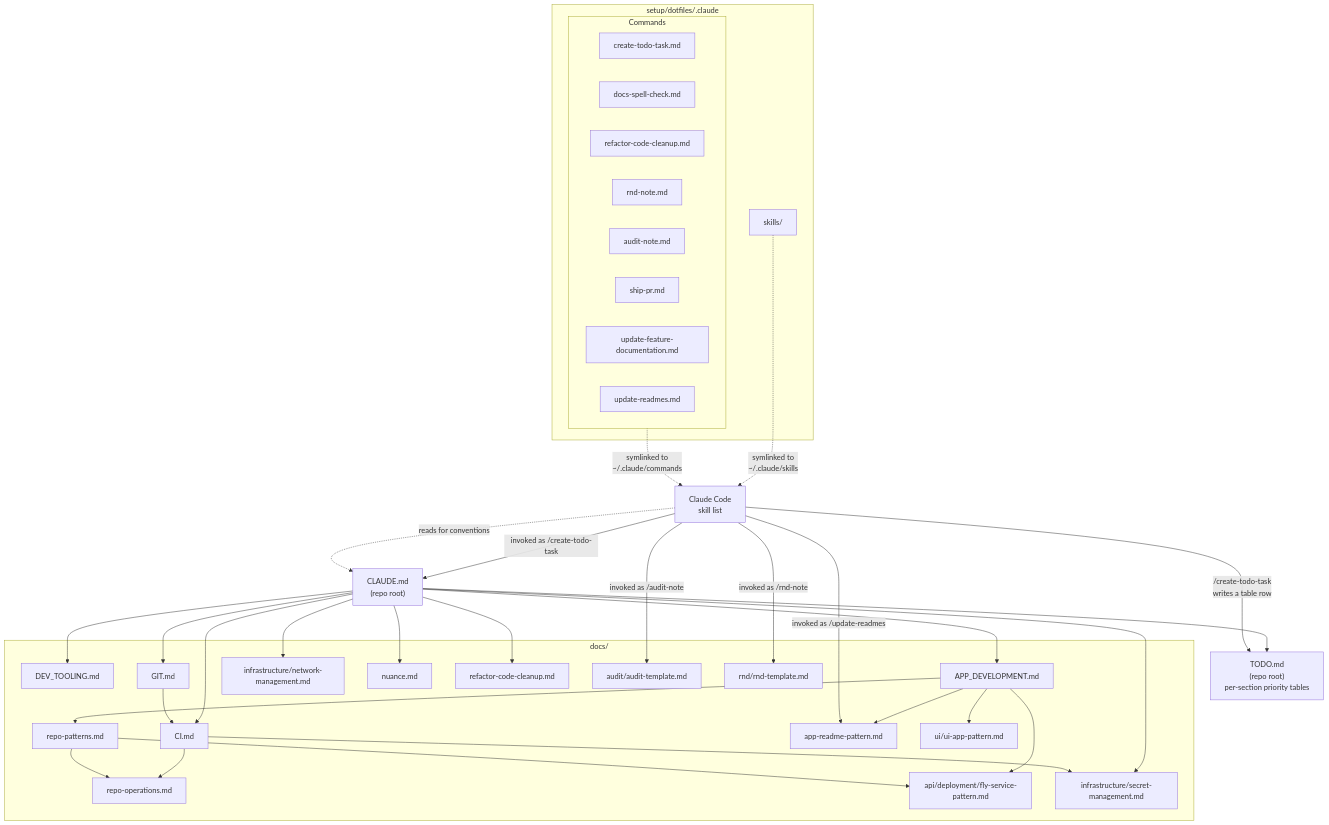
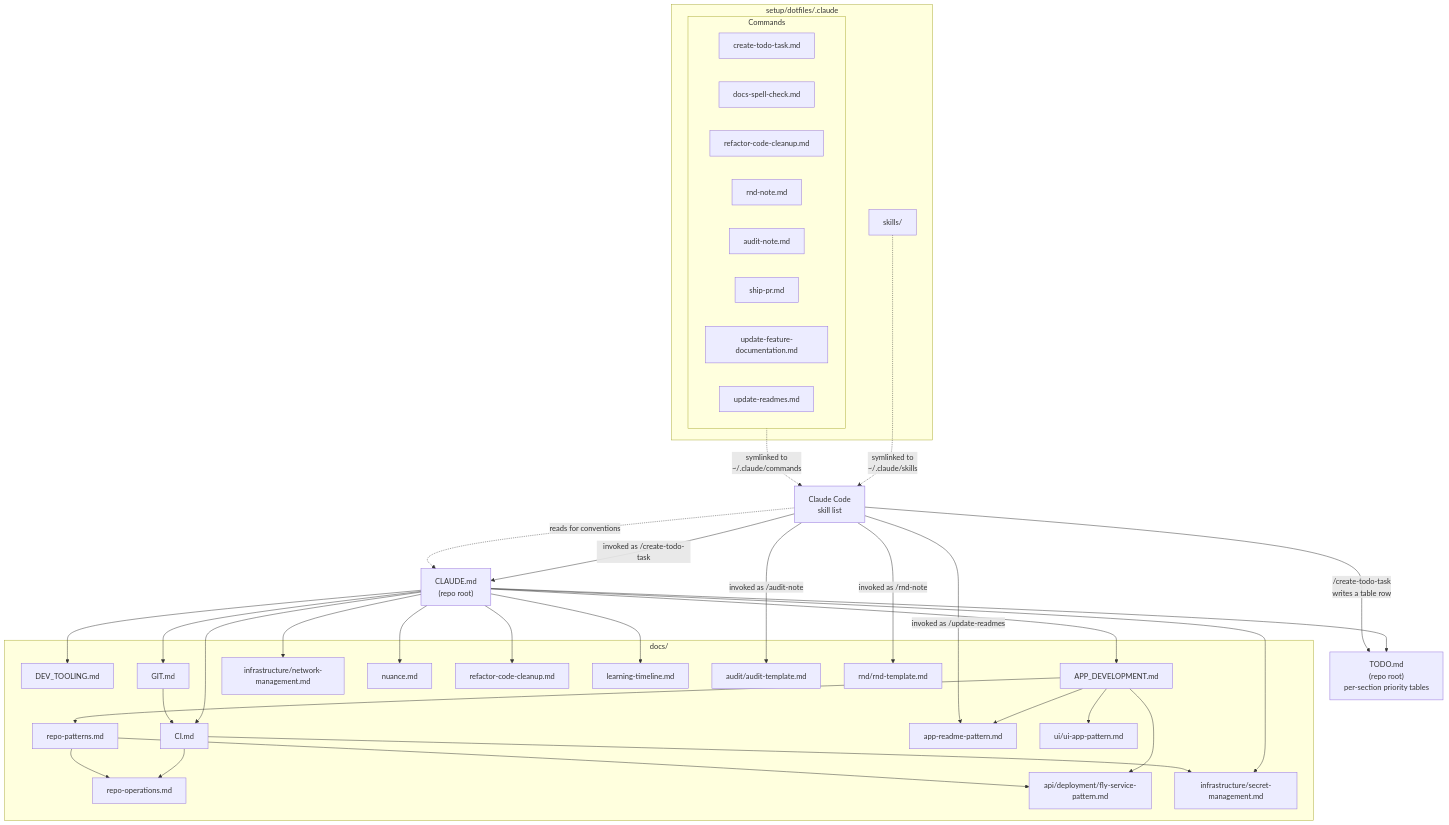
Before and after one commit to iamharryliu/vigilant-broccoli: the diagram in docs/agent-diagram.md, drawn with Mermaid. The commit also changed other lines of this file and 2 other files, not shown here.

Commit message:
docs(notes): Add a month-by-month learning timeline and wire its upkeep into the Doc Map. (#551)
* docs(notes): Add a month-by-month learning timeline and wire its upkeep into the Doc Map.

Learning across this repo is only recoverable by reading years of commit
history, which loses the non-software side entirely. A single table makes
it reviewable at a glance, and the Doc Map entry keeps it current rather
than letting it rot into a one-off snapshot.

* docs: Move the learning timeline into docs/.

Keep it out of notes/ entirely — it is an agent-maintained record like
TODO.md, not a personal note, so it lives under docs/ and is reached only
from the CLAUDE.md Doc Map.

Claude-Session: https://claude.ai/code/session_016vVeqwESNMTMhyng9mrQXc

---------

````diff
--- a/docs/agent-diagram.md
+++ b/docs/agent-diagram.md
@@ -5,67 +5,69 @@
 ```mermaid
 flowchart TD
     CLAUDE["CLAUDE.md<br/>(repo root)"]
     TODO["TODO.md<br/>(repo root)<br/>per-section priority tables"]
 
     subgraph DOCS["docs/"]
         DEV_TOOLING["DEV_TOOLING.md"]
         CI["CI.md"]
         APP_DEV["APP_DEVELOPMENT.md"]
         GIT["GIT.md"]
         NETWORK["infrastructure/network-management.md"]
         NUANCE["nuance.md"]
         REPO_PATTERNS["repo-patterns.md"]
         REPO_OPS["repo-operations.md"]
         APP_README["app-readme-pattern.md"]
         UI_PATTERN["ui/ui-app-pattern.md"]
         FLY_PATTERN["api/deployment/fly-service-pattern.md"]
         SECRETS["infrastructure/secret-management.md"]
         REFACTOR["refactor-code-cleanup.md"]
+        TIMELINE["learning-timeline.md"]
         AUDIT_TPL["audit/audit-template.md"]
         RND_TPL["rnd/rnd-template.md"]
     end
 
     CLAUDE --> DEV_TOOLING
     CLAUDE --> CI
     CLAUDE --> APP_DEV
     CLAUDE --> GIT
     CLAUDE --> NETWORK
     CLAUDE --> SECRETS
     CLAUDE --> NUANCE
     CLAUDE --> REFACTOR
     CLAUDE --> TODO
+    CLAUDE --> TIMELINE
 
     CI --> REPO_OPS
     CI --> SECRETS
     GIT --> CI
     APP_DEV --> REPO_PATTERNS
     APP_DEV --> APP_README
     APP_DEV --> UI_PATTERN
     APP_DEV --> FLY_PATTERN
     REPO_PATTERNS --> FLY_PATTERN
     REPO_PATTERNS --> REPO_OPS
 
     subgraph SKILLS["setup/dotfiles/.claude"]
         subgraph COMMANDS["Commands"]
             CMD_TODO["create-todo-task.md"]
             CMD_SPELLCHECK["docs-spell-check.md"]
             CMD_REFACTOR_CLEANUP["refactor-code-cleanup.md"]
             CMD_RND_NOTE["rnd-note.md"]
             CMD_AUDIT_NOTE["audit-note.md"]
             CMD_SHIP_PR["ship-pr.md"]
             CMD_UPDATE_FEATURE_DOCS["update-feature-documentation.md"]
             CMD_UPDATE_READMES["update-readmes.md"]
         end
         SKILLDIR["skills/"]
     end
 
     COMMANDS -.->|symlinked to<br/>~/.claude/commands| CLAUDECODE["Claude Code<br/>skill list"]
     SKILLDIR -.->|symlinked to<br/>~/.claude/skills| CLAUDECODE
 
     CLAUDECODE -->|invoked as /update-readmes| APP_README
     CLAUDECODE -->|invoked as /create-todo-task| CLAUDE
     CLAUDECODE -->|/create-todo-task<br/>writes a table row| TODO
     CLAUDECODE -->|invoked as /audit-note| AUDIT_TPL
     CLAUDECODE -->|invoked as /rnd-note| RND_TPL
     CLAUDECODE -.->|reads for conventions| CLAUDE
 ```
````
